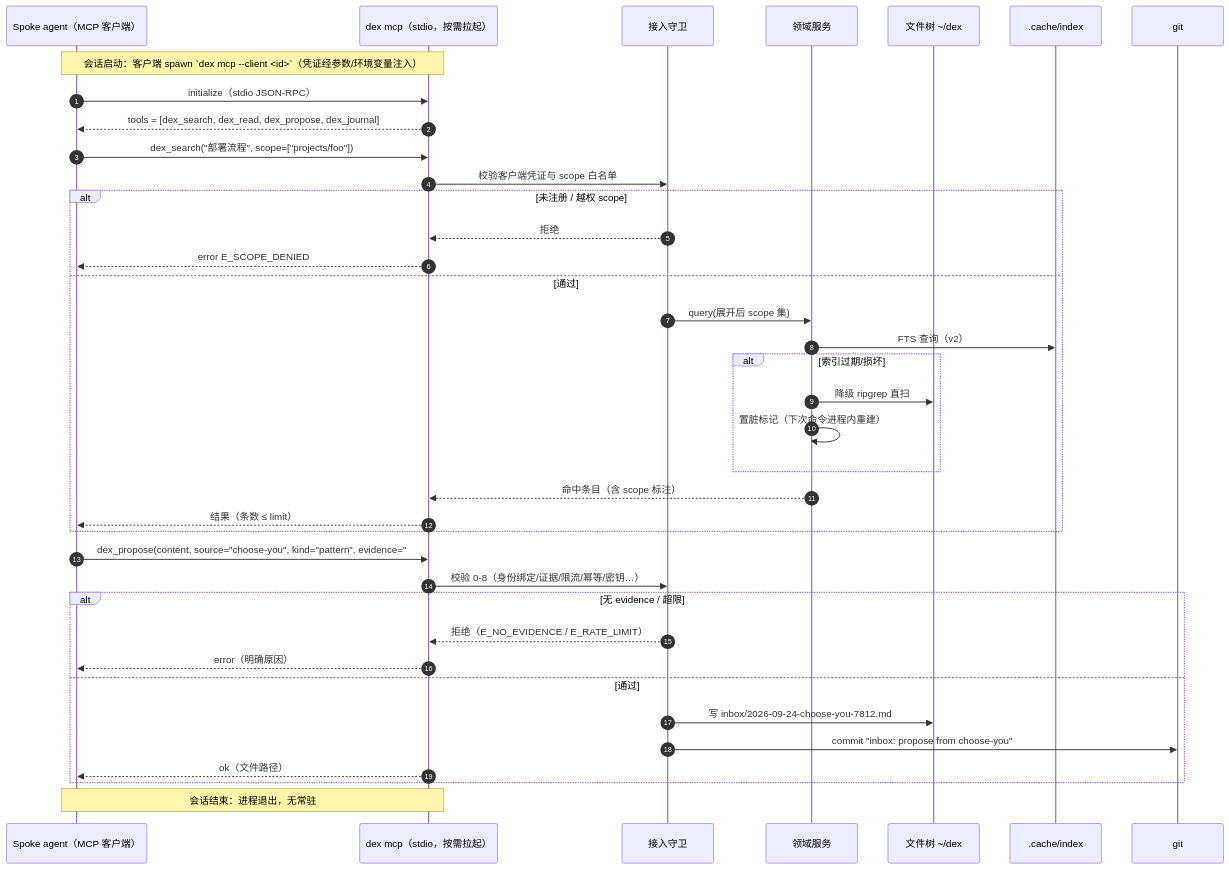
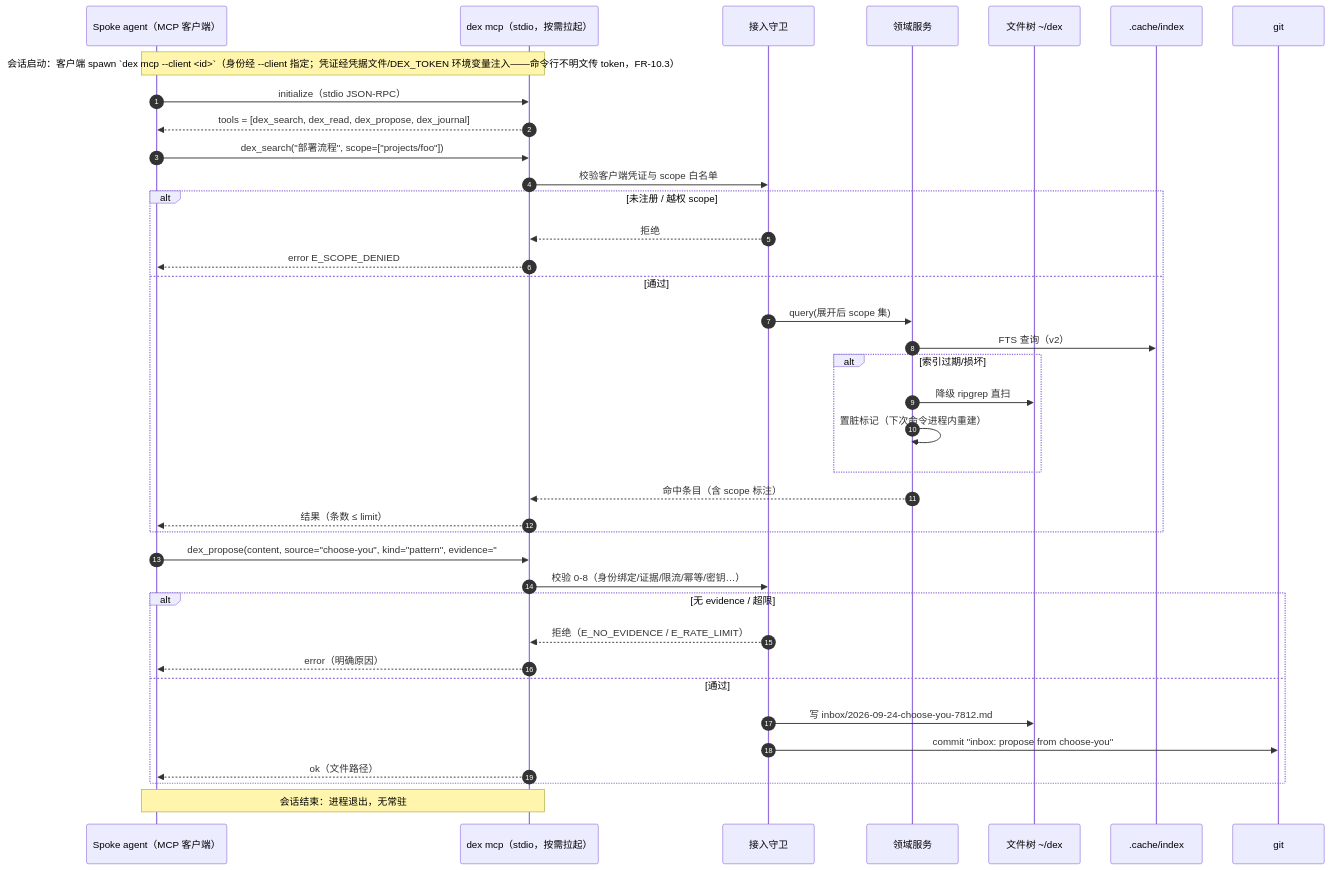
Before and after one commit to Jo0OCTsai/pokemon-remember-you: the seventh of 15 diagrams in docs/DESIGN.md, drawn with Mermaid. The commit also changed other lines of this file and 12 other files, not shown here.

````diff
--- a/docs/DESIGN.md
+++ b/docs/DESIGN.md
@@ -666,44 +716,44 @@
 ```mermaid
 sequenceDiagram
     autonumber
     participant AG as Spoke agent（MCP 客户端）
     participant SRV as dex mcp（stdio，按需拉起）
     participant GD as 接入守卫
     participant DM as 领域服务
     participant FS as 文件树 ~/dex
     participant CA as .cache/index
     participant GT as git
 
-    Note over AG,SRV: 会话启动：客户端 spawn `dex mcp --client <id>`（凭证经参数/环境变量注入）
+    Note over AG,SRV: 会话启动：客户端 spawn `dex mcp --client <id>`（身份经 --client 指定；凭证经凭据文件/DEX_TOKEN 环境变量注入——命令行不明文传 token，FR-10.3）
     AG->>SRV: initialize（stdio JSON-RPC）
     SRV-->>AG: tools = [dex_search, dex_read, dex_propose, dex_journal]
 
     AG->>SRV: dex_search("部署流程", scope=["projects/foo"])
     SRV->>GD: 校验客户端凭证与 scope 白名单
     alt 未注册 / 越权 scope
         GD-->>SRV: 拒绝
         SRV-->>AG: error E_SCOPE_DENIED
     else 通过
         GD->>DM: query(展开后 scope 集)
         DM->>CA: FTS 查询（v2）
         alt 索引过期/损坏
             DM->>FS: 降级 ripgrep 直扫
             DM->>DM: 置脏标记（下次命令进程内重建）
         end
         DM-->>SRV: 命中条目（含 scope 标注）
         SRV-->>AG: 结果（条数 ≤ limit）
     end
 
     AG->>SRV: dex_propose(content, source="choose-you", kind="pattern", evidence="#1234…")
     SRV->>GD: 校验 0-8（身份绑定/证据/限流/幂等/密钥…）
     alt 无 evidence / 超限
         GD-->>SRV: 拒绝（E_NO_EVIDENCE / E_RATE_LIMIT）
         SRV-->>AG: error（明确原因）
     else 通过
         GD->>FS: 写 inbox/2026-09-24-choose-you-7812.md
         GD->>GT: commit "inbox: propose from choose-you"
         SRV-->>AG: ok（文件路径）
     end
 
     Note over AG,SRV: 会话结束：进程退出，无常驻
 ```
````
